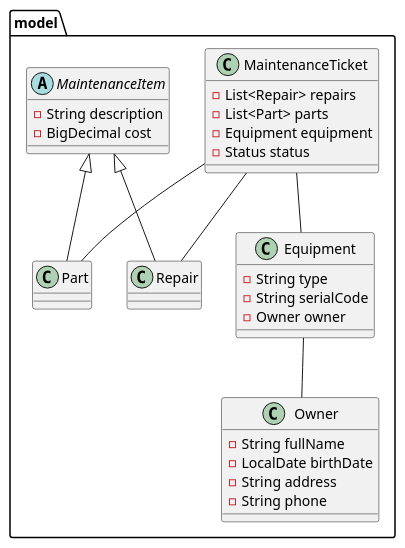
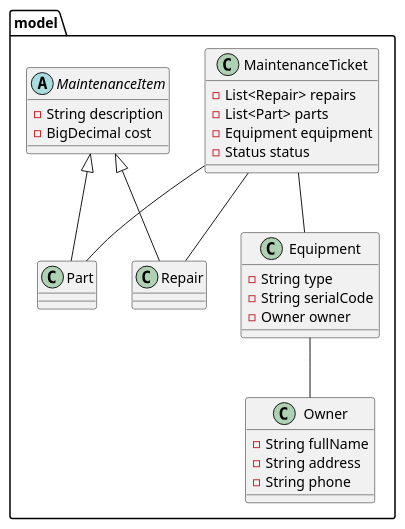
Before and after one commit to radialserial/Mixer: the second of 2 diagrams in README.md, drawn with PlantUML. The commit also changed 1 other file, not shown here.

Commit message:
revert: remove owner's birthdate

````diff
--- a/README.md
+++ b/README.md
@@ -17,43 +17,42 @@
 ```plantuml
 @startuml
 
 package model {
 
     class Owner {
         - String fullName
-        - LocalDate birthDate
         - String address
         - String phone
     }
 
     class Equipment {
         - String type
         - String serialCode
         - Owner owner
     }
 
     class MaintenanceTicket {
         - List<Repair> repairs
         - List<Part> parts
         - Equipment equipment
         - Status status
     }
 
     abstract class MaintenanceItem {
         - String description
         - BigDecimal cost
     }
 
     class Part extends MaintenanceItem { }
 
     class Repair extends MaintenanceItem { }
 
     MaintenanceTicket -- Part
     MaintenanceTicket -- Repair
     MaintenanceTicket -- Equipment
     Equipment -- Owner
 
 }
 
 @enduml
 ```
````
